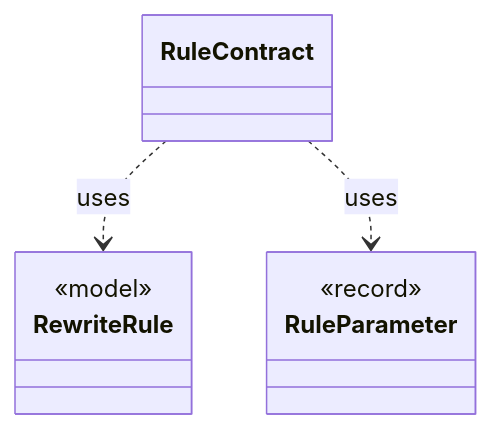
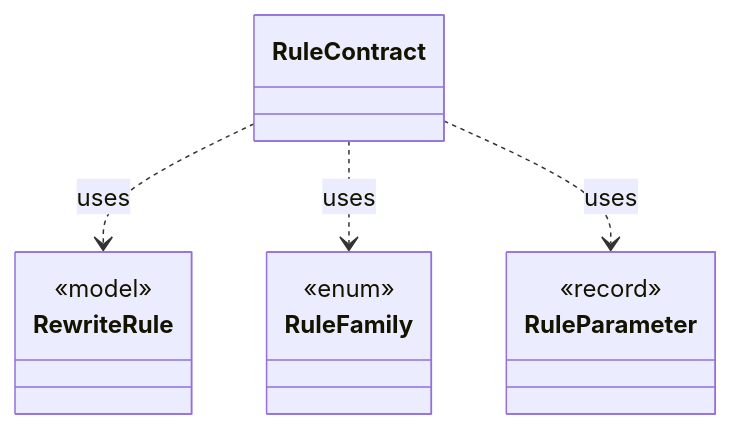
The diagram in dev/types/io.github.tlaplus.hardening.gen.rewrite.RuleContract.md (tlaplus/model-checker-hardening), drawn with Mermaid before and after one commit. The commit also changed other lines of this file and 402 other files, not shown here.

````diff
--- a/dev/types/io.github.tlaplus.hardening.gen.rewrite.RuleContract.md
+++ b/dev/types/io.github.tlaplus.hardening.gen.rewrite.RuleContract.md
@@ -9,12 +9,16 @@
 ```mermaid
 classDiagram
   class RuleContract
   class RewriteRule {
     <<model>>
   }
+  class RuleFamily {
+    <<enum>>
+  }
   class RuleParameter {
     <<record>>
   }
   RuleContract ..> RewriteRule : uses
+  RuleContract ..> RuleFamily : uses
   RuleContract ..> RuleParameter : uses
 ```
````
